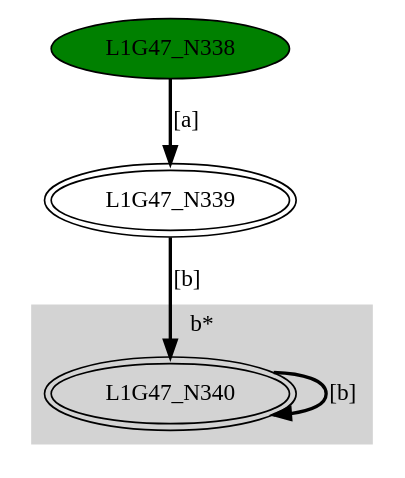
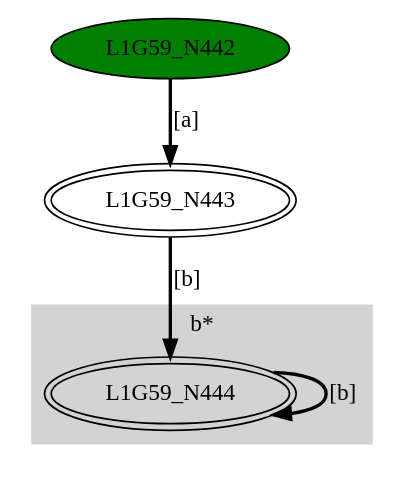
One commit to GDimitroulakos/EDUFLEX changed the diagram in DFASimulator/Testbench/mergeDFA1.dot. Above: the diagram before and after it, drawn with Graphviz. The commit also changed 51 other files, not shown here.

```diff
--- a/DFASimulator/Testbench/mergeDFA1.dot
+++ b/DFASimulator/Testbench/mergeDFA1.dot
@@ -1,14 +1,14 @@
-digraph G47{
+digraph G59{
 	subgraph cluster0 {
 		node [style=filled];
 		style=filled;
 		color=lightgrey;
 		label ="b*";
-		L1G47_N340;
-	}"L1G47_N338" [style=filled,fillcolor=green];
-"L1G47_N339" [peripheries=2];
-"L1G47_N340" [peripheries=2];
-"L1G47_N338"->"L1G47_N339" [style = bold, label = "[a]"];
-"L1G47_N339"->"L1G47_N340" [style = bold, label = "[b]"];
-"L1G47_N340"->"L1G47_N340" [style = bold, label = "[b]"];
+		L1G59_N444;
+	}"L1G59_N442" [style=filled,fillcolor=green];
+"L1G59_N443" [peripheries=2];
+"L1G59_N444" [peripheries=2];
+"L1G59_N442"->"L1G59_N443" [style = bold, label = "[a]"];
+"L1G59_N443"->"L1G59_N444" [style = bold, label = "[b]"];
+"L1G59_N444"->"L1G59_N444" [style = bold, label = "[b]"];
 }
```
